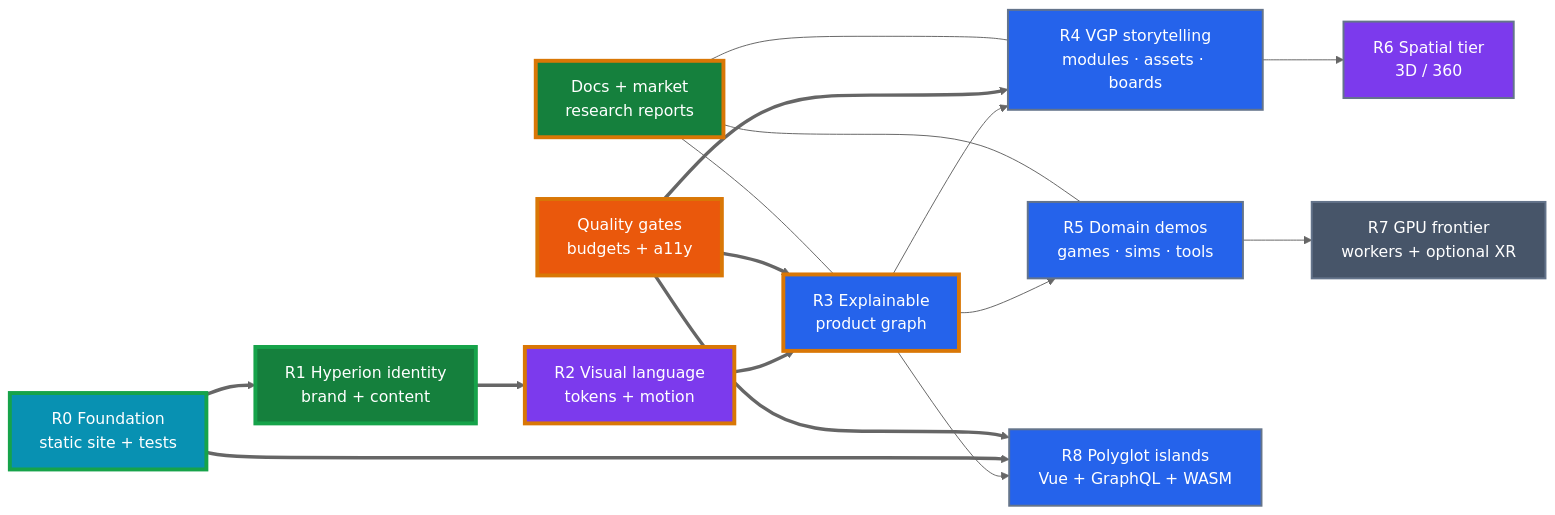
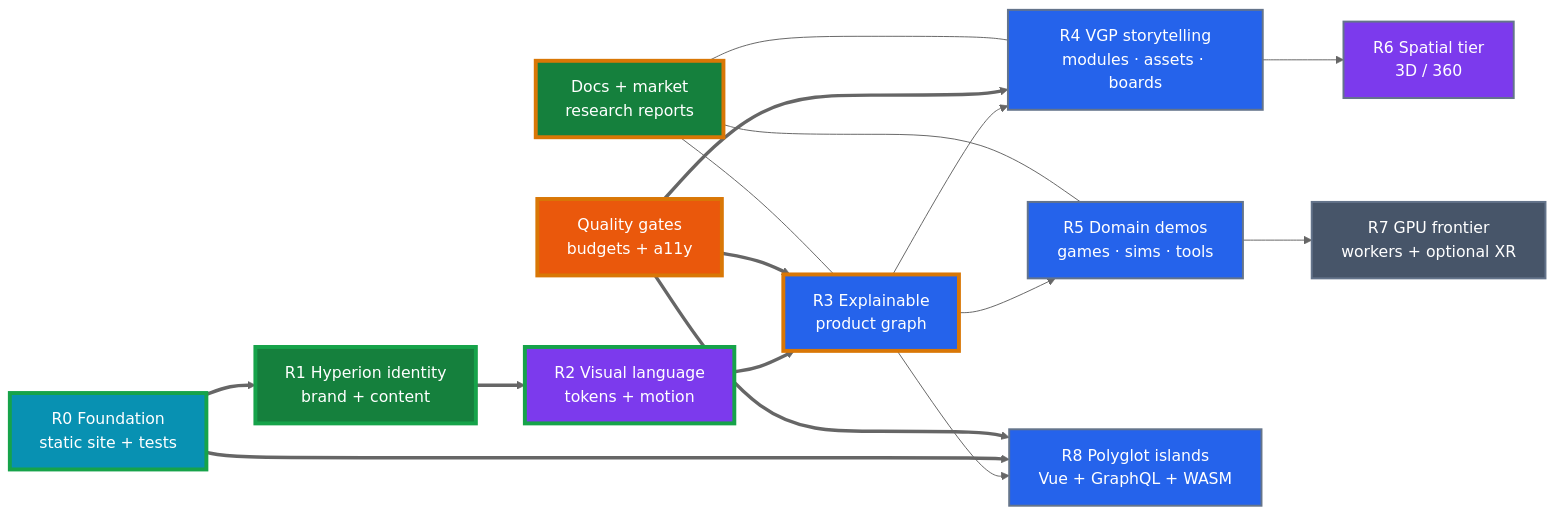
One commit to Hyperion-Corporation/Organization-Website changed the diagram in docs/moon/ROADMAP.md. Above: the diagram before and after it, drawn with Mermaid (neutral theme). The commit also changed other lines of this file and 5 other files, not shown here.

First line of the commit message:
Record Helios Forge visual system in moon roadmaps (R5.2).

````diff
--- a/docs/moon/ROADMAP.md
+++ b/docs/moon/ROADMAP.md
@@ -40,40 +40,40 @@
 ```mermaid
 flowchart LR
   classDef feature fill:#2563eb,color:#fff
   classDef augment fill:#7c3aed,color:#fff
   classDef infra fill:#0891b2,color:#fff
   classDef perf fill:#ea580c,color:#fff
   classDef docs fill:#15803d,color:#fff
   classDef research fill:#475569,color:#fff
   classDef done stroke:#16a34a,stroke-width:4px
   classDef active stroke:#d97706,stroke-width:4px
   classDef planned stroke:#64748b,stroke-width:2px
 
   R0["R0 Foundation\nstatic site + tests"]:::infra
   R1["R1 Hyperion identity\nbrand + content"]:::docs
   R2["R2 Visual language\ntokens + motion"]:::augment
   R3["R3 Explainable\nproduct graph"]:::feature
   R4["R4 VGP storytelling\nmodules · assets · boards"]:::feature
   R5["R5 Domain demos\ngames · sims · tools"]:::feature
   R6["R6 Spatial tier\n3D / 360"]:::augment
   R7["R7 GPU frontier\nworkers + optional XR"]:::research
   R8["R8 Polyglot islands\nVue + GraphQL + WASM"]:::feature
   Q["Quality gates\nbudgets + a11y"]:::perf
   D["Docs + market\nresearch reports"]:::docs
-  class R0,R1 done
-  class R2,R3,Q,D active
+  class R0,R1,R2 done
+  class R3,Q,D active
   class R4,R5,R6,R7,R8 planned
   R0 ==> R1 ==> R2 ==> R3
   R3 --> R4
   R3 --> R5
   R4 --> R6
   R5 --> R7
   R3 --> R8
   R0 ==> R8
   Q ==> R3
   Q ==> R4
   Q ==> R8
   D --- R3
   D --- R4
   D --- R5
 ```
````
